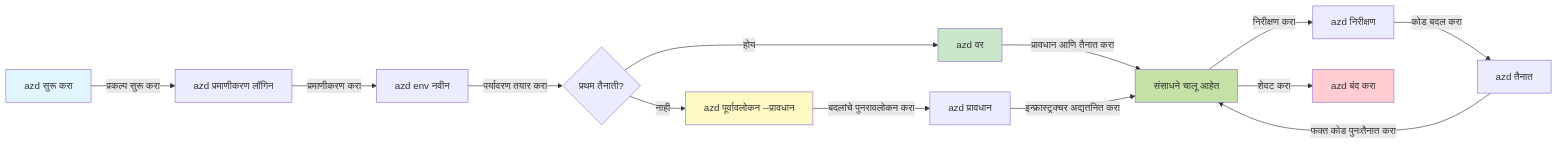
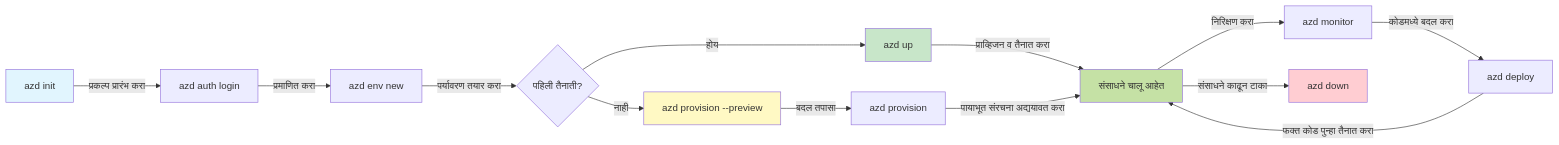
One commit to microsoft/AZD-for-beginners changed the first of 2 diagrams in translations/mr/docs/chapter-01-foundation/azd-basics.md. Above: the diagram before and after it, drawn with Mermaid. The commit also changed other lines of this file and 101 other files, not shown here.

````diff
--- a/translations/mr/docs/chapter-01-foundation/azd-basics.md
+++ b/translations/mr/docs/chapter-01-foundation/azd-basics.md
@@ -269,21 +269,21 @@
 ```mermaid
 graph LR
-    A[azd सुरू करा] -->|प्रकल्प सुरू करा| B[azd प्रमाणीकरण लॉगिन]
-    B -->|प्रमाणीकरण करा| C[azd env नवीन]
-    C -->|पर्यावरण तयार करा| D{प्रथम तैनाती?}
-    D -->|होय| E[azd वर]
-    D -->|नाही| F[azd पूर्वावलोकन --प्रावधान]
-    F -->|बदलांचे पुनरावलोकन करा| G[azd प्रावधान]
-    E -->|प्रावधान आणि तैनात करा| H[संसाधने चालू आहेत]
-    G -->|इन्फ्रास्ट्रक्चर अद्यतनित करा| H
-    H -->|निरीक्षण करा| I[azd निरीक्षण]
-    I -->|कोड बदल करा| J[azd तैनात]
-    J -->|फक्त कोड पुनःतैनात करा| H
-    H -->|शेवट करा| K[azd बंद करा]
+    A[azd init] -->|प्रकल्प प्रारंभ करा| B[azd auth login]
+    B -->|प्रमाणित करा| C[azd env new]
+    C -->|पर्यावरण तयार करा| D{पहिली तैनाती?}
+    D -->|होय| E[azd up]
+    D -->|नाही| F[azd provision --preview]
+    F -->|बदल तपासा| G[azd provision]
+    E -->|प्राव्हिजन व तैनात करा| H[संसाधने चालू आहेत]
+    G -->|पायाभूत संरचना अद्ययावत करा| H
+    H -->|निरिक्षण करा| I[azd monitor]
+    I -->|कोडमध्ये बदल करा| J[azd deploy]
+    J -->|फक्त कोड पुन्हा तैनात करा| H
+    H -->|संसाधने काढून टाका| K[azd down]
     
     style A fill:#e1f5fe
     style E fill:#c8e6c9
     style F fill:#fff9c4
     style H fill:#c5e1a5
     style K fill:#ffcdd2
 ```
````
